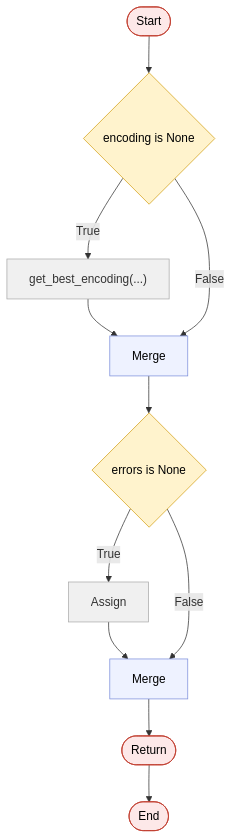
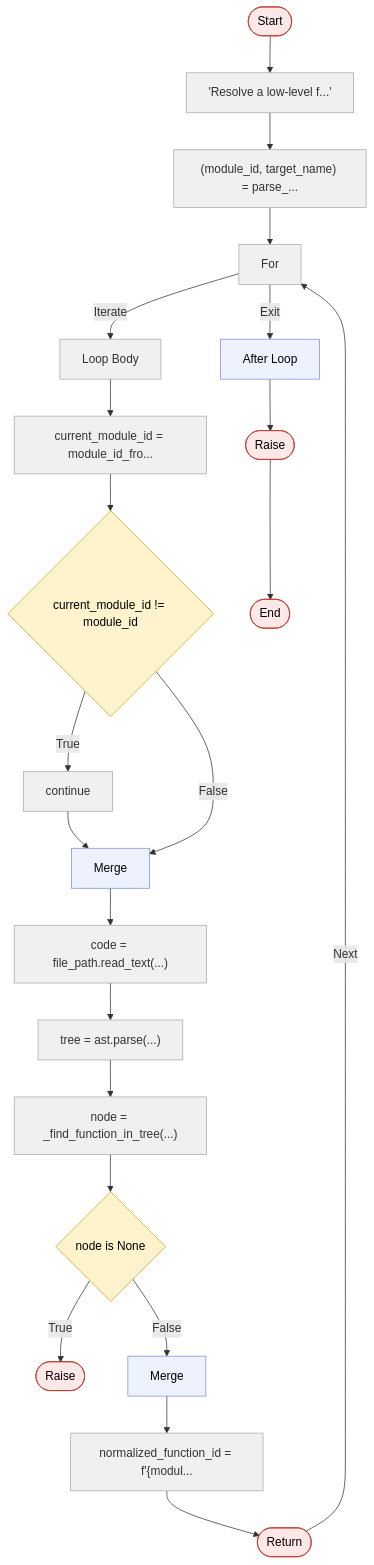
Before and after one commit to haddyadnan/codemarp: the third of 3 diagrams in README.md, drawn with Mermaid. The commit also changed other lines of this file and 15 other files, not shown here.

````diff
--- a/README.md
+++ b/README.md
@@ -344,28 +357,50 @@
 ```mermaid
 flowchart TD
     n1(["Start"]):::terminal
-    n2{"encoding is None"}:::decision
-    n3["get_best_encoding(...)"]:::statement
-    n4["Merge"]:::merge
-    n5{"errors is None"}:::decision
-    n6["Assign"]:::statement
-    n7["Merge"]:::merge
-    n8(["Return"]):::terminal
-    n9(["End"]):::terminal
+    n2["'Resolve a low-level f...'"]:::statement
+    n3["(module_id, target_name) = parse_..."]:::statement
+    n4["For"]:::statement
+    n5["Loop Body"]:::statement
+    n6["current_module_id = module_id_fro..."]:::statement
+    n7{"current_module_id != module_id"}:::decision
+    n8["continue"]:::statement
+    n9["Merge"]:::merge
+    n10["code = file_path.read_text(...)"]:::statement
+    n11["tree = ast.parse(...)"]:::statement
+    n12["node = _find_function_in_tree(...)"]:::statement
+    n13{"node is None"}:::decision
+    n14(["Raise"]):::terminal
+    n15["Merge"]:::merge
+    n16["normalized_function_id = f'{modul..."]:::statement
+    n17(["Return"]):::terminal
+    n18["After Loop"]:::merge
+    n19(["Raise"]):::terminal
+    n20(["End"]):::terminal
     n1 --> n2
-    n2 -->|True| n3
+    n2 --> n3
     n3 --> n4
-    n2 -->|False| n4
-    n4 --> n5
-    n5 -->|True| n6
+    n4 -->|Iterate| n5
+    n5 --> n6
     n6 --> n7
-    n5 -->|False| n7
-    n7 --> n8
+    n7 -->|True| n8
     n8 --> n9
+    n7 -->|False| n9
+    n9 --> n10
+    n10 --> n11
+    n11 --> n12
+    n12 --> n13
+    n13 -->|True| n14
+    n13 -->|False| n15
+    n15 --> n16
+    n16 --> n17
+    n17 -->|Next| n4
+    n4 -->|Exit| n18
+    n18 --> n19
+    n19 --> n20
 
     classDef decision fill:#fff3cd,stroke:#d4a017,color:#000;
     classDef statement fill:#f0f0f0,stroke:#aaa,color:#333;
     classDef terminal fill:#fde8e8,stroke:#c0392b,color:#000;
     classDef merge fill:#eef2ff,stroke:#7c8fdb,color:#000;
     classDef start fill:#e8f5e9,stroke:#2e7d32,color:#000;
 ```
````
